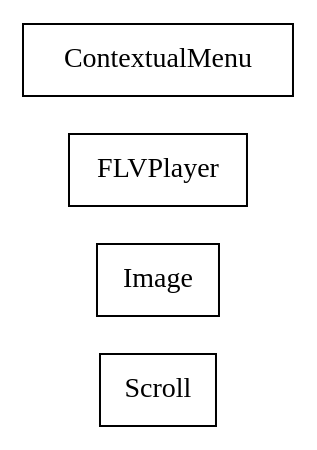
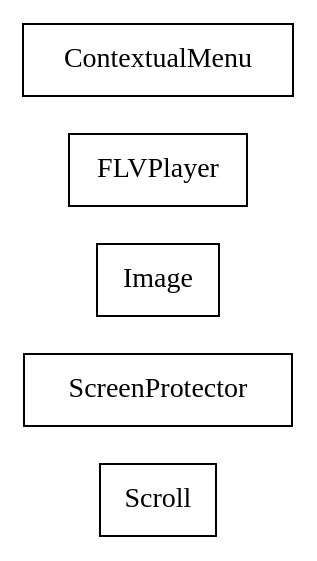
One commit to sekati/sasapi changed the diagram in docs/com/sekati/ui/classes.dot. Above: the diagram before and after it, drawn with Graphviz. The commit also changed 113 other files, not shown here.

```diff
--- a/docs/com/sekati/ui/classes.dot
+++ b/docs/com/sekati/ui/classes.dot
@@ -1,27 +1,33 @@
 strict digraph class_diagram {
   rankdir=LR;
   TypeScroll[
     label="Scroll",
     URL="Scroll.html",
     tooltip="com.sekati.ui.Scroll",
+    shape="record"
+  ];
+  TypeScreenProtector[
+    label="ScreenProtector",
+    URL="ScreenProtector.html",
+    tooltip="com.sekati.ui.ScreenProtector",
     shape="record"
   ];
   TypeImage[
     label="Image",
     URL="Image.html",
     tooltip="com.sekati.ui.Image",
     shape="record"
   ];
   TypeFLVPlayer[
     label="FLVPlayer",
     URL="FLVPlayer.html",
     tooltip="com.sekati.ui.FLVPlayer",
     shape="record"
   ];
   TypeContextualMenu[
     label="ContextualMenu",
     URL="ContextualMenu.html",
     tooltip="com.sekati.ui.ContextualMenu",
     shape="record"
   ];
 }
```
